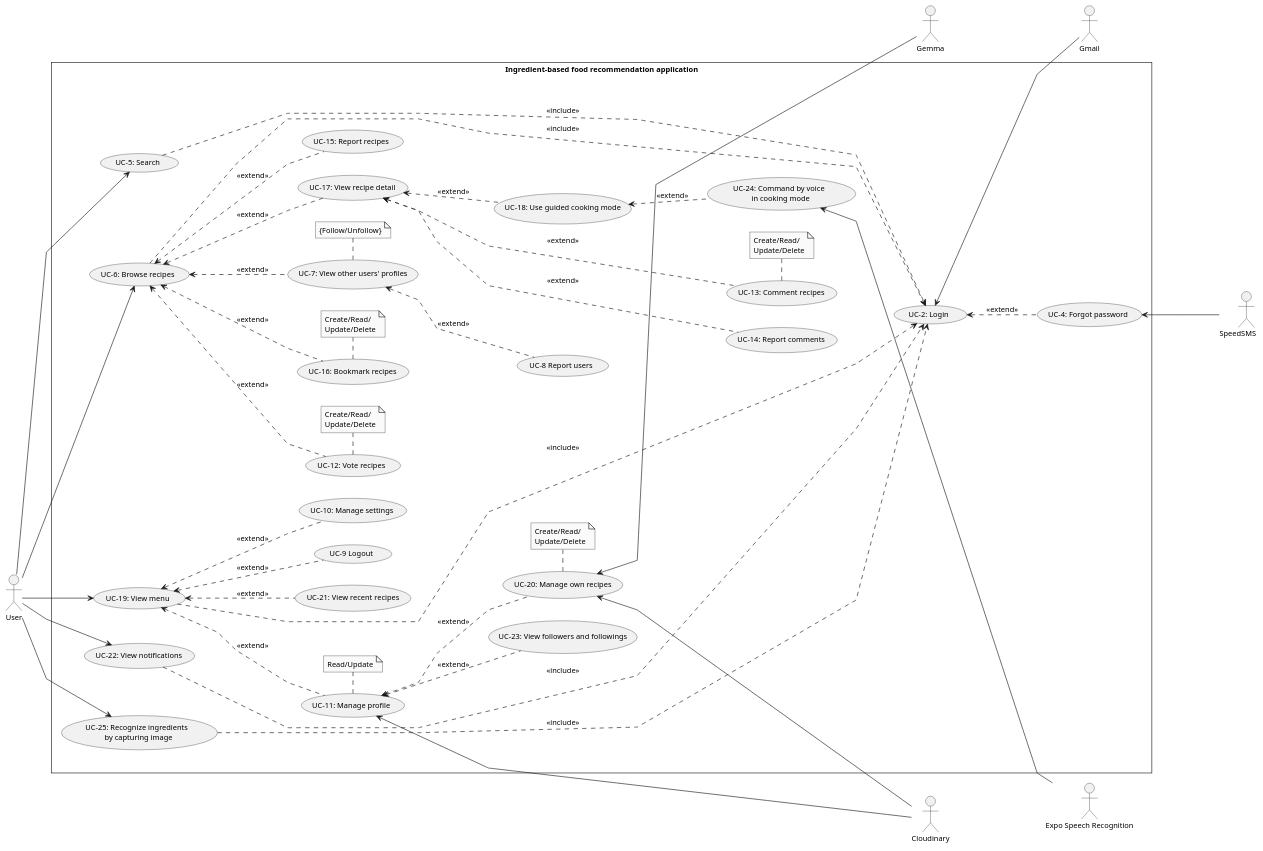
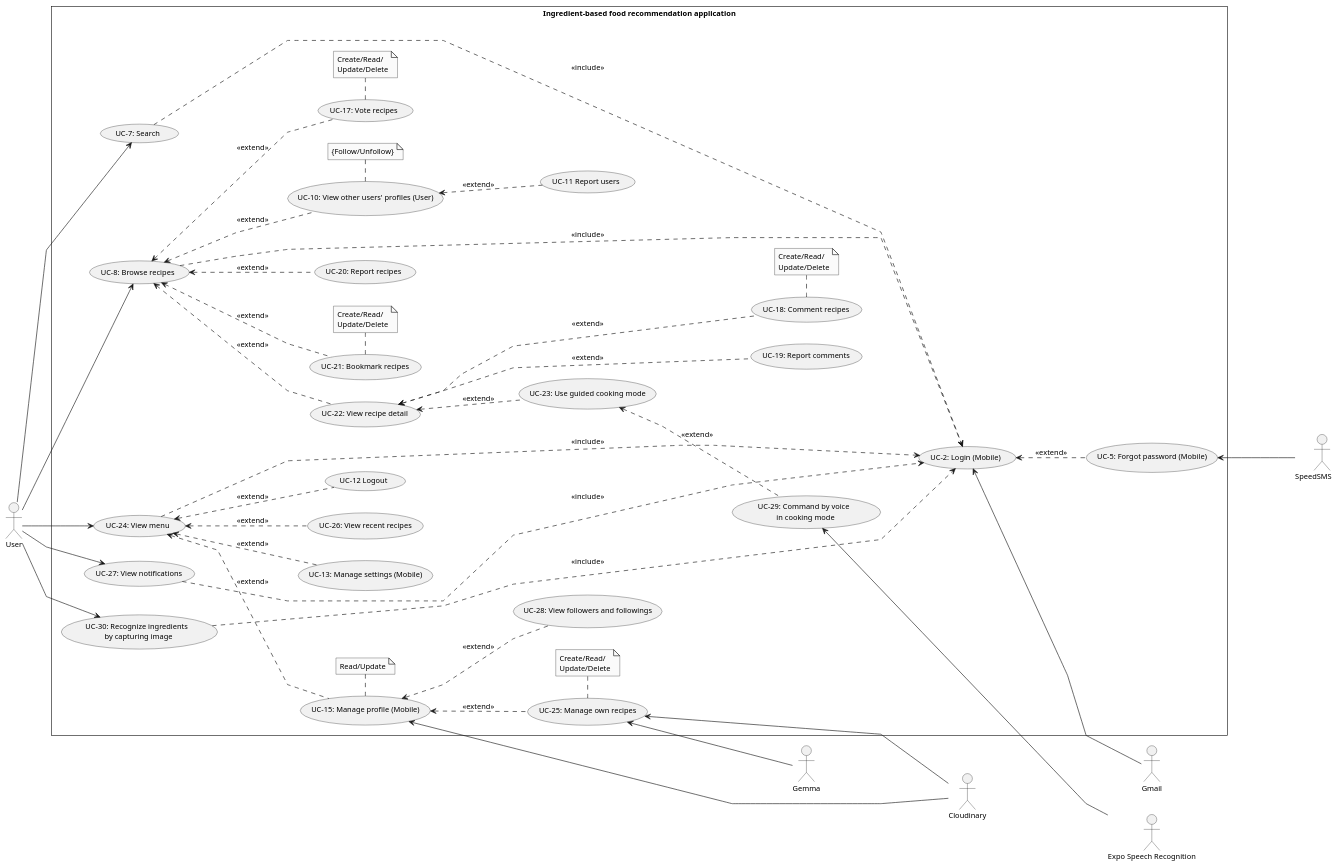
One commit to Carl-Johnsons/tastopia changed the diagram in doc/SRS/Usecase/UserUsecase/UserUsecase.plantuml. Above: the diagram before and after it, drawn with PlantUML. The commit also changed 5 other files, not shown here.

Commit message:
doc: update use case diagrams

```diff
--- a/doc/SRS/Usecase/UserUsecase/UserUsecase.plantuml
+++ b/doc/SRS/Usecase/UserUsecase/UserUsecase.plantuml
@@ -1,101 +1,100 @@
 @startuml UserUsecase
 skinparam style strictuml
 skinparam monochrome true
 skinparam linetype polyline
 skinparam defaultFontSize 12
 left to right direction
 actor "User" as user
 actor "Gmail" as gmail
 actor "Cloudinary" as cl
 actor "SpeedSMS         " as sms
 actor "Gemma" as gemma
 actor "Expo Speech Recognition" as speech
 
 rectangle Ingredient-based<U+0020>food<U+0020>recommendation<U+0020>application {
-    usecase "UC-2: Login" as ucLogin
-    usecase "UC-4: Forgot password" as ucForgotPassword
-    usecase "UC-8 Report users" as ucReportUser
-    usecase "UC-9 Logout" as ucLogout
-    usecase "UC-10: Manage settings" as ucManageSetting
-    usecase "UC-11: Manage profile" as ucManageProfile
+    usecase "UC-2: Login (Mobile)" as ucLogin
+    usecase "UC-5: Forgot password (Mobile)" as ucForgotPassword
+    usecase "UC-11 Report users" as ucReportUser
+    usecase "UC-12 Logout" as ucLogout
+    usecase "UC-13: Manage settings (Mobile)" as ucManageSetting
+    usecase "UC-15: Manage profile (Mobile)" as ucManageProfile
 
-    usecase "UC-5: Search" as ucSearch
-    usecase "UC-6: Browse recipes" as ucBrowseRecipes
-    usecase "UC-12: Vote recipes" as ucVoteRecipe
-    usecase "UC-13: Comment recipes" as ucCmtRecipe
-    usecase "UC-14: Report comments" as ucReportComment
-    usecase "UC-15: Report recipes" as ucReportRecipe
-    usecase "UC-16: Bookmark recipes" as ucBookmarkRecipe
-    usecase "UC-17: View recipe detail" as ucViewRecipeDetail
-    usecase "UC-18: Use guided cooking mode" as ucGuidedCCM
-    usecase "UC-7: View other users' profiles" as ucViewUSProfile
+    usecase "UC-7: Search" as ucSearch
+    usecase "UC-8: Browse recipes" as ucBrowseRecipes
+    usecase "UC-17: Vote recipes" as ucVoteRecipe
+    usecase "UC-18: Comment recipes" as ucCmtRecipe
+    usecase "UC-19: Report comments" as ucReportComment
+    usecase "UC-20: Report recipes" as ucReportRecipe
+    usecase "UC-21: Bookmark recipes" as ucBookmarkRecipe
+    usecase "UC-22: View recipe detail" as ucViewRecipeDetail
+    usecase "UC-23: Use guided cooking mode" as ucGuidedCCM
+    usecase "UC-10: View other users' profiles (User)" as ucViewUSProfile
 
-    usecase "UC-19: View menu" as ucViewMenu
-    usecase "UC-20: Manage own recipes" as ucManageRecipe
-    usecase "UC-21: View recent recipes" as ucViewRecentRecipes
+    usecase "UC-24: View menu" as ucViewMenu
+    usecase "UC-25: Manage own recipes" as ucManageRecipe
+    usecase "UC-26: View recent recipes" as ucViewRecentRecipes
 
-    usecase "UC-22: View notifications" as ucViewNotif
-    usecase "UC-23: View followers and followings" as ucViewFollow
+    usecase "UC-27: View notifications" as ucViewNotif
+    usecase "UC-28: View followers and followings" as ucViewFollow
 
     note "Create/Read/\nUpdate/Delete" as noteManageRecipe
     note "Read/Update" as noteManageProfile
     note "Create/Read/\nUpdate/Delete" as noteVoteRecipe
     note "Create/Read/\nUpdate/Delete" as noteCmtRecipe
     note "Create/Read/\nUpdate/Delete" as noteBookmarkRecipe
     note "{Follow/Unfollow}" as noteViewUSProfile
 
     user --> ucSearch
 
     user --> ucBrowseRecipes
         ucBrowseRecipes <.. ucVoteRecipe : <<extend>>
             ucVoteRecipe . noteVoteRecipe
         ucBrowseRecipes <.. ucReportRecipe : <<extend>>
         ucBrowseRecipes <.. ucViewRecipeDetail : <<extend>>
             ucViewRecipeDetail <... ucCmtRecipe : <<extend>>
                 ucCmtRecipe . noteCmtRecipe
             ucViewRecipeDetail <... ucReportComment : <<extend>>
             ucViewRecipeDetail <.. ucGuidedCCM : <<extend>>
         ucBrowseRecipes <.. ucBookmarkRecipe : <<extend>>
             ucBookmarkRecipe . noteBookmarkRecipe
         ucBrowseRecipes <.. ucViewUSProfile : <<extend>>
             ucViewUSProfile . noteViewUSProfile
             ucViewUSProfile <.. ucReportUser : <<extend>>
 
     user --> ucViewMenu
         ucViewMenu <.. ucManageProfile : <<extend>>
             ucManageProfile . noteManageProfile
             ucManageProfile <.. ucManageRecipe : <<extend>>
             ucManageProfile <.. ucViewFollow : <<extend>>
                 ucManageRecipe . noteManageRecipe
         ucViewMenu <.. ucManageSetting : <<extend>>
         ucViewMenu <.. ucViewRecentRecipes : <<extend>>
         ucViewMenu <.. ucLogout : <<extend>>
 
     user --> ucViewNotif
     
     gmail -up-> ucLogin
     cl --up-> ucManageProfile
     cl --up-> ucManageRecipe
-    gemma --up-> ucManageRecipe
+    gemma -up-> ucManageRecipe
     sms --up-> ucForgotPassword
 
     ucSearch .....> ucLogin : <<include>>
     ucBrowseRecipes .....> ucLogin : <<include>>
     ucViewMenu .....> ucLogin : <<include>>
     ucViewNotif .....>ucLogin : <<include>>
     ucLogin <.. ucForgotPassword : <<extend>>
 
-
-    usecase "UC-24: Command by voice \n in cooking mode" as ucCommandVoiceCCM
-    usecase "UC-25: Recognize ingredients \n by capturing image" as ucRecognizeIngre
+    usecase "UC-29: Command by voice \n in cooking mode" as ucCommandVoiceCCM
+    usecase "UC-30: Recognize ingredients \n by capturing image" as ucRecognizeIngre
 
     speech --up-> ucCommandVoiceCCM
 
     user --> ucRecognizeIngre
     ucGuidedCCM <.. ucCommandVoiceCCM : <<extend>>
 
     ucRecognizeIngre .....> ucLogin : <<include>>
 
 }
 
 @enduml
```
